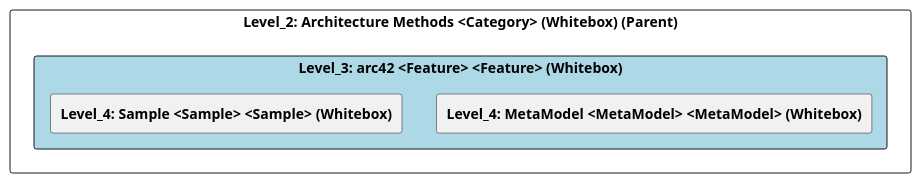
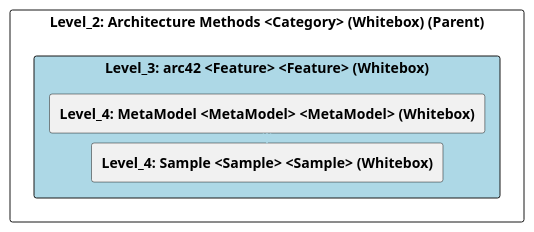
One commit to marcozwyssig/cleon changed the diagram in doc/cleonproject_deliverables_architecture_model_architecture/adoc/de/05_bausteinsicht/cleon/architecture_methods/arc42/ebene_3_arc42.adoc. Above: the diagram before and after it, drawn with PlantUML. The commit also changed other lines of this file and 187 other files, not shown here.

```diff
--- a/doc/cleonproject_deliverables_architecture_model_architecture/adoc/de/05_bausteinsicht/cleon/architecture_methods/arc42/ebene_3_arc42.adoc
+++ b/doc/cleonproject_deliverables_architecture_model_architecture/adoc/de/05_bausteinsicht/cleon/architecture_methods/arc42/ebene_3_arc42.adoc
@@ -20,25 +20,28 @@
 [plantuml, Level_3: arc42 <Feature> <Feature> (Whitebox)BlockOverview, format="svg"]
 ----
 @startuml Level_3: arc42 <Feature> <Feature> (Whitebox)BuildingBlockOverview
 
 skinparam ranksep 10
 skinparam componentStyle rectangle
 skinparam shadowing false
 skinparam arrowColor lightblue
 skinparam arrowThickness 1.2
 skinparam rectangle {
   BackgroundColor White
   BorderColor #333
   RoundCorner 10
 }
 top to bottom direction
 
 component "Level_2: Architecture Methods <Category> (Whitebox) (Parent)" {
     component "Level_3: arc42 <Feature> <Feature> (Whitebox)" #lightblue {
         [**Level_4: MetaModel <MetaModel> <MetaModel> (Whitebox)**] as 4A57056E_D579_11EE_903E_9F564E4DE07E
         [**Level_4: Sample <Sample> <Sample> (Whitebox)**] as 4A56DE47_D579_11EE_903E_9F564E4DE07E
     }
+
+    4A57056E_D579_11EE_903E_9F564E4DE07E -down-> 4A56DE47_D579_11EE_903E_9F564E4DE07E
+    
 }
 
 @enduml
 ----
```
